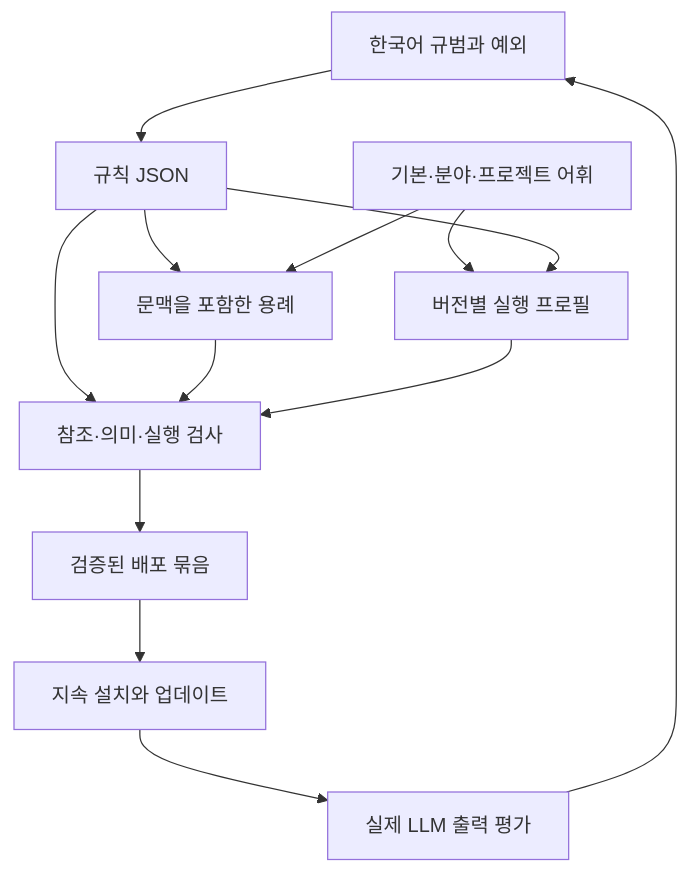
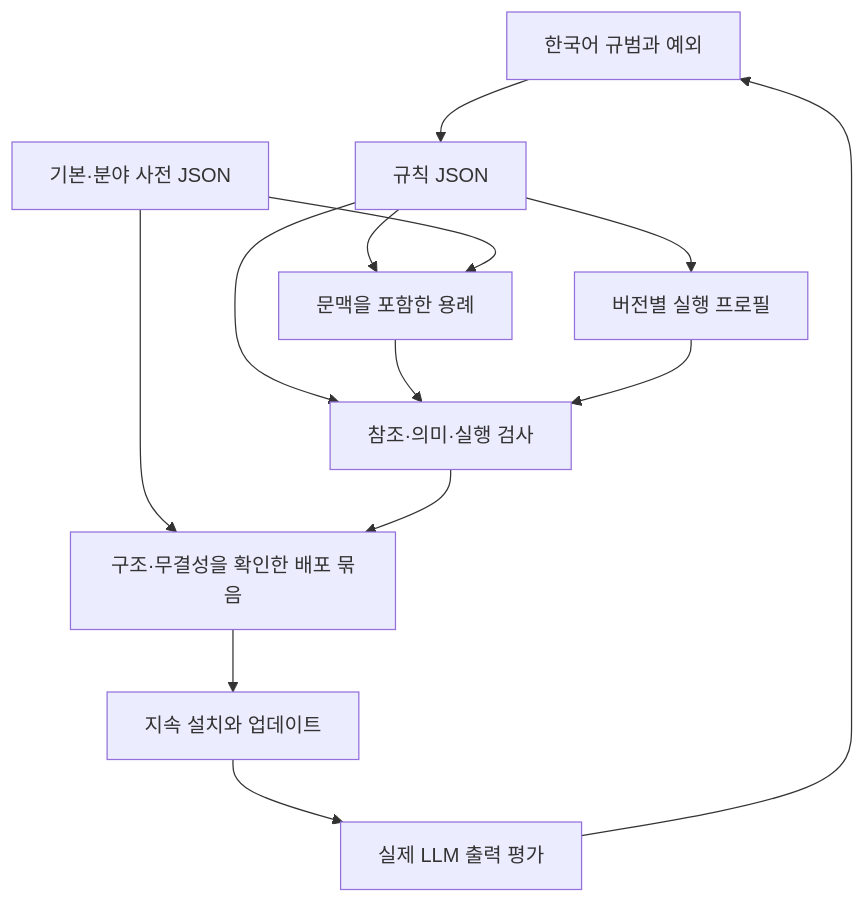
Before and after one commit to project820/korean-protocol: the diagram in docs/spec/architecture.md, drawn with Mermaid. The commit also changed other lines of this file and 59 other files, not shown here.

````diff
--- a/docs/spec/architecture.md
+++ b/docs/spec/architecture.md
@@ -30,15 +32,15 @@
 ```mermaid
 flowchart TD
   N[한국어 규범과 예외] --> R[규칙 JSON]
-  L[기본·분야·프로젝트 어휘] --> P[버전별 실행 프로필]
-  R --> P
+  L[기본·분야 사전 JSON] --> B[구조·무결성을 확인한 배포 묶음]
+  R --> P[버전별 실행 프로필]
   R --> E[문맥을 포함한 용례]
   L --> E
   R --> V[참조·의미·실행 검사]
   E --> V
   P --> V
-  V --> B[검증된 배포 묶음]
+  V --> B
   B --> I[지속 설치와 업데이트]
   I --> O[실제 LLM 출력 평가]
   O --> N
 ```
````
